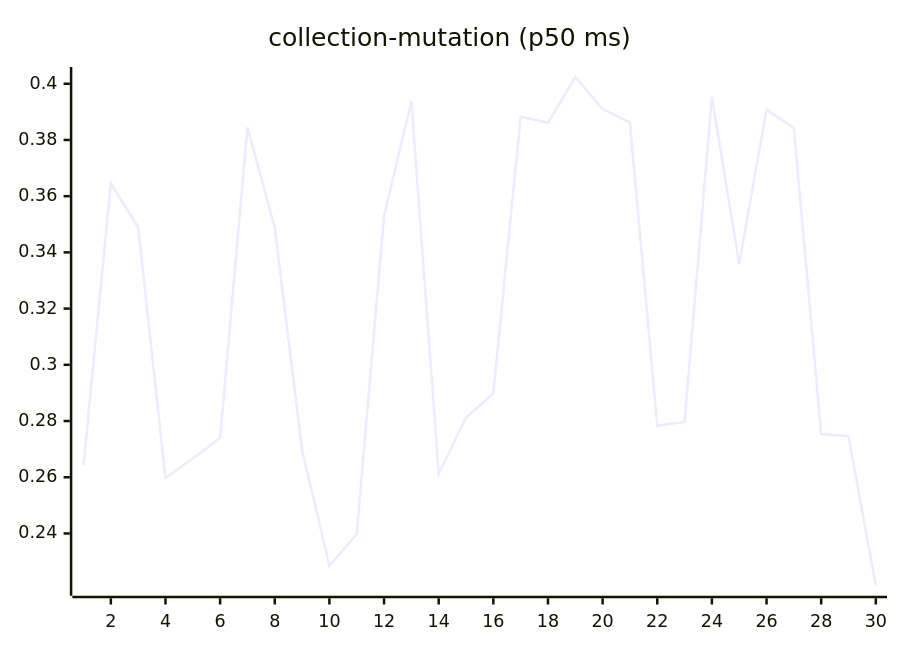
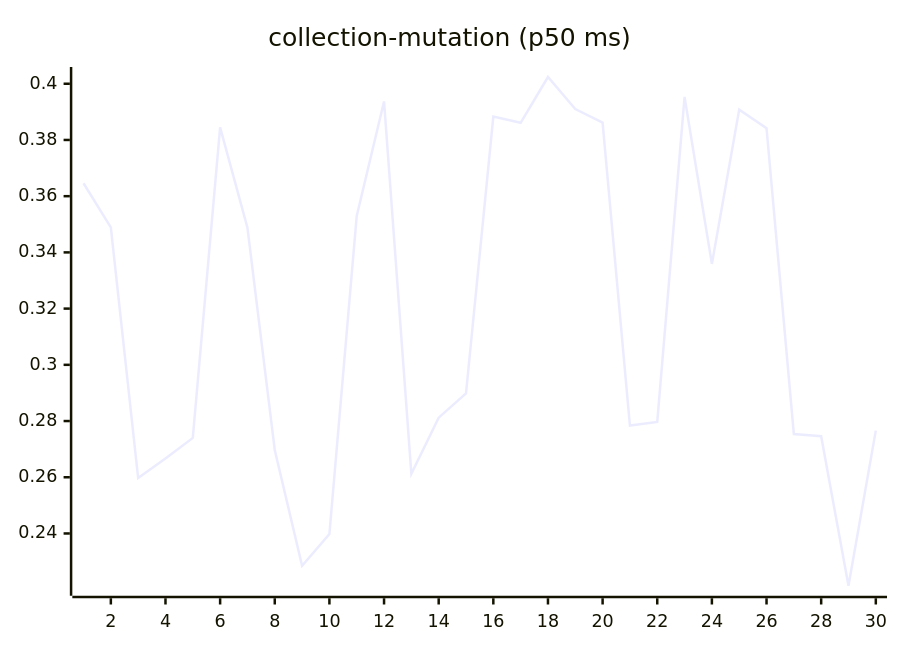
One commit to josha/Facet changed the sixth of 27 diagrams in README.md. Above: the diagram before and after it, drawn with Mermaid. The commit also changed other lines of this file and 2 other files, not shown here.

````diff
--- a/README.md
+++ b/README.md
@@ -98,6 +98,6 @@
 ```mermaid
 xychart-beta
     title "collection-mutation (p50 ms)"
     x-axis 1 --> 30
-    line [0.2643, 0.3646, 0.3489, 0.2597, 0.2667, 0.2740, 0.3845, 0.3488, 0.2697, 0.2285, 0.2398, 0.3530, 0.3937, 0.2612, 0.2812, 0.2898, 0.3883, 0.3861, 0.4024, 0.3910, 0.3862, 0.2784, 0.2797, 0.3953, 0.3359, 0.3908, 0.3842, 0.2754, 0.2746, 0.2214]
+    line [0.3646, 0.3489, 0.2597, 0.2667, 0.2740, 0.3845, 0.3488, 0.2697, 0.2285, 0.2398, 0.3530, 0.3937, 0.2612, 0.2812, 0.2898, 0.3883, 0.3861, 0.4024, 0.3910, 0.3862, 0.2784, 0.2797, 0.3953, 0.3359, 0.3908, 0.3842, 0.2754, 0.2746, 0.2214, 0.2766]
 ```
````
